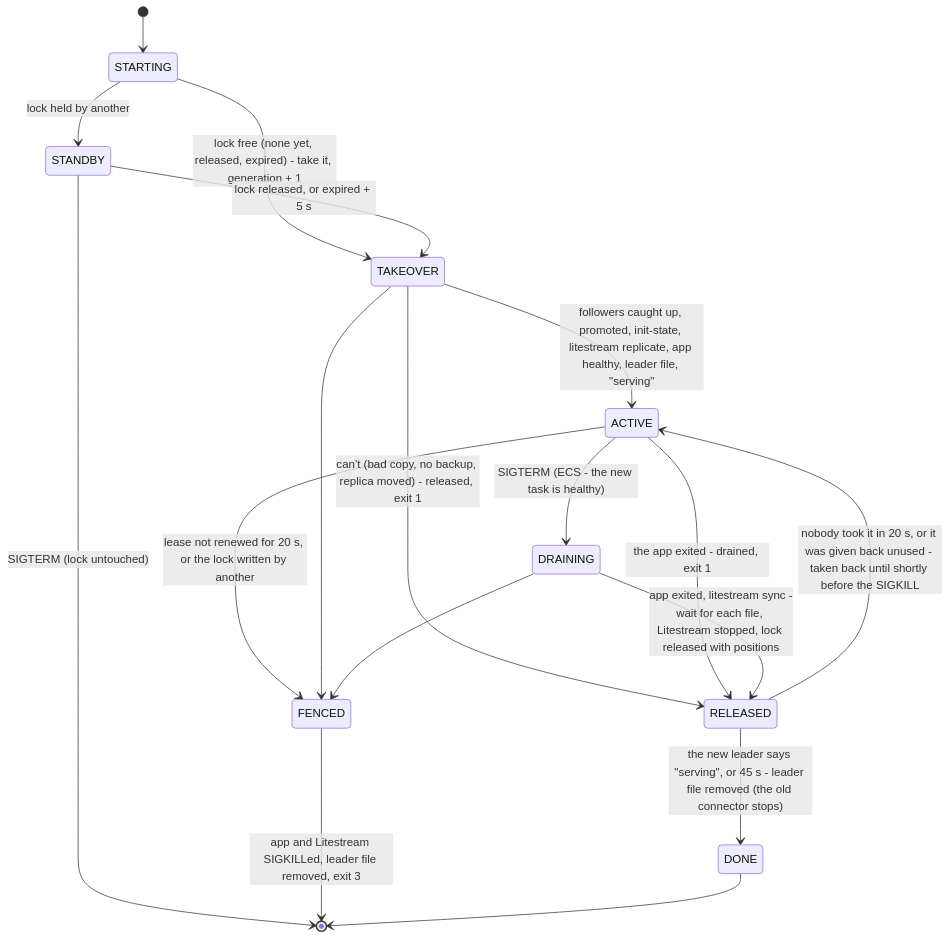
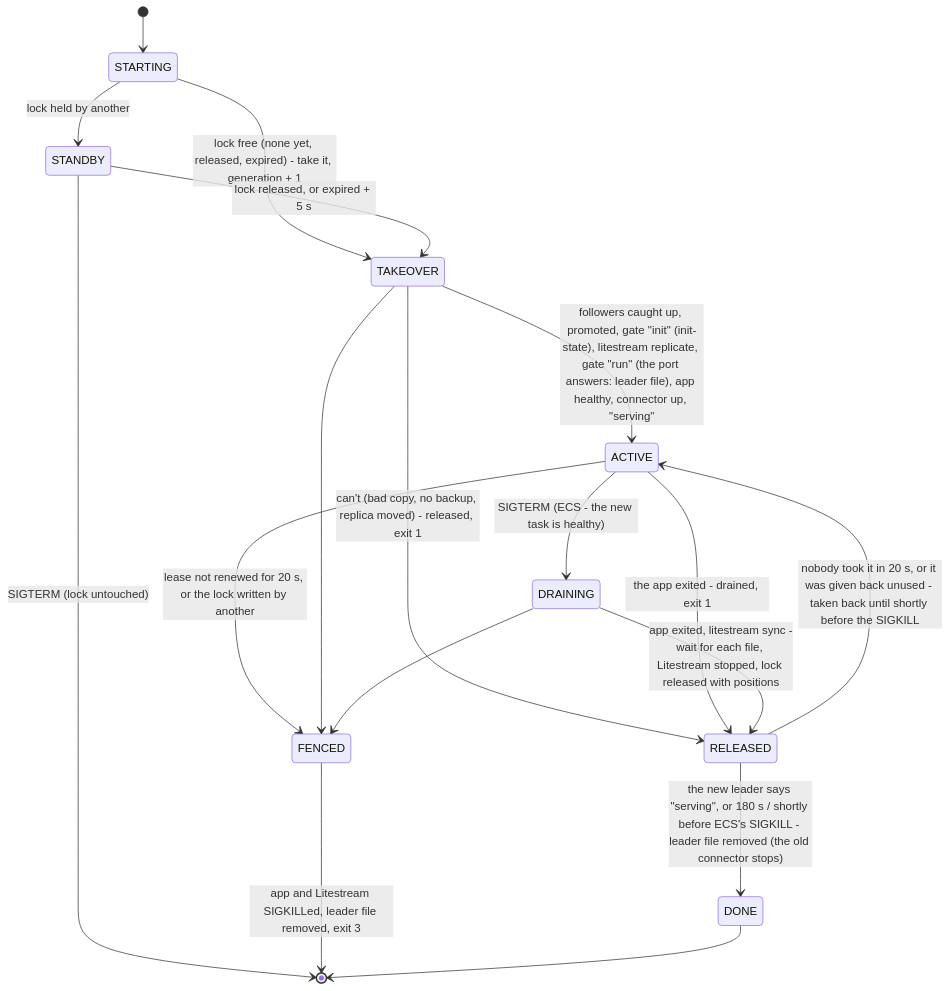
One commit to actualsecurity/sizeup changed the diagram in docs/cloud.md. Above: the diagram before and after it, drawn with Mermaid. The commit also changed other lines of this file and 11 other files, not shown here.

````diff
--- a/docs/cloud.md
+++ b/docs/cloud.md
@@ -2003,20 +2008,20 @@
 ```mermaid
 stateDiagram-v2
     [*] --> STARTING
     STARTING --> TAKEOVER: lock free (none yet, released, expired) - take it, generation + 1
     STARTING --> STANDBY: lock held by another
     STANDBY --> TAKEOVER: lock released, or expired + 5 s
     STANDBY --> [*]: SIGTERM (lock untouched)
-    TAKEOVER --> ACTIVE: followers caught up, promoted, init-state, litestream replicate, app healthy, leader file, "serving"
+    TAKEOVER --> ACTIVE: followers caught up, promoted, gate "init" (init-state), litestream replicate, gate "run" (the port answers: leader file), app healthy, connector up, "serving"
     TAKEOVER --> RELEASED: can't (bad copy, no backup, replica moved) - released, exit 1
     ACTIVE --> DRAINING: SIGTERM (ECS - the new task is healthy)
     ACTIVE --> RELEASED: the app exited - drained, exit 1
     DRAINING --> RELEASED: app exited, litestream sync -wait for each file, Litestream stopped, lock released with positions
-    RELEASED --> DONE: the new leader says "serving", or 45 s - leader file removed (the old connector stops)
+    RELEASED --> DONE: the new leader says "serving", or 180 s / shortly before ECS's SIGKILL - leader file removed (the old connector stops)
     RELEASED --> ACTIVE: nobody took it in 20 s, or it was given back unused - taken back until shortly before the SIGKILL
     ACTIVE --> FENCED: lease not renewed for 20 s, or the lock written by another
     TAKEOVER --> FENCED
     DRAINING --> FENCED
     FENCED --> [*]: app and Litestream SIGKILLed, leader file removed, exit 3
     DONE --> [*]
 ```
````
